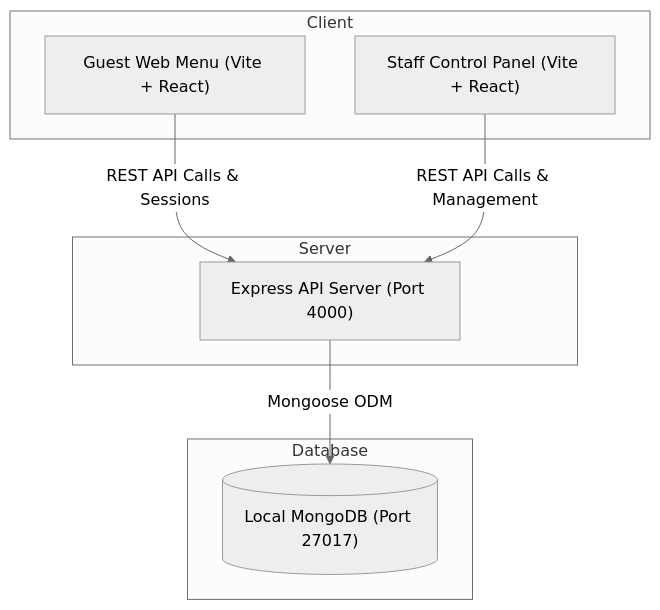
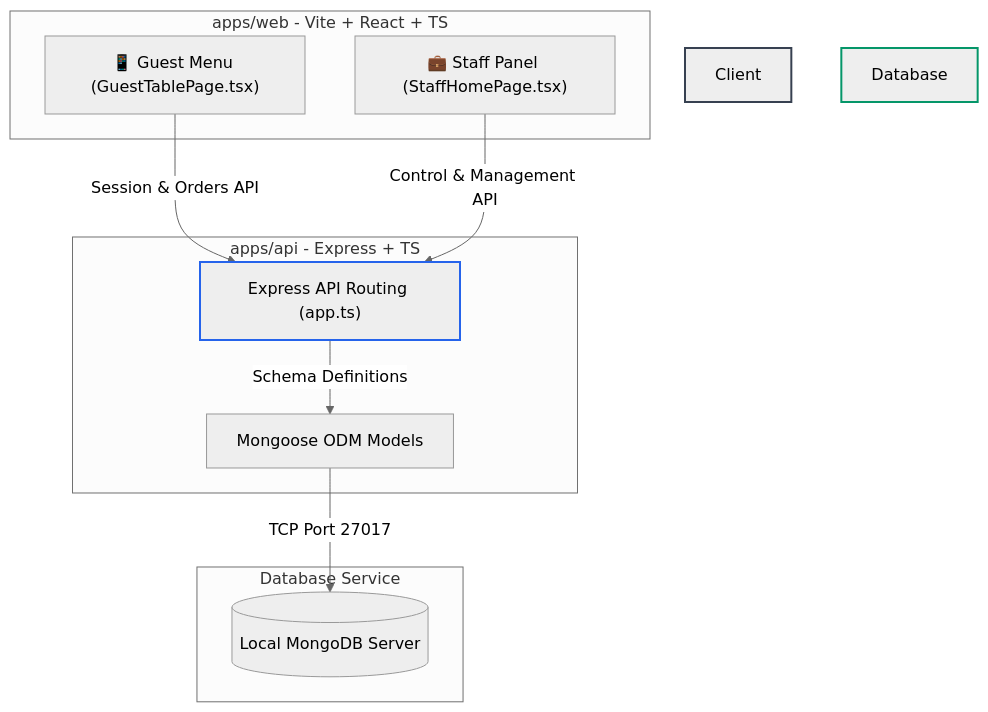
One commit to KarthikNH/restaurant-management-system changed the diagram in run_guide.md. Above: the diagram before and after it, drawn with Mermaid (neutral theme). The commit also changed other lines of this file and 4 other files, not shown here.

````diff
--- a/run_guide.md
+++ b/run_guide.md
@@ -50,19 +32,25 @@
 ```mermaid
 graph TD
-    subgraph Client
-        Guest["Guest Web Menu (Vite + React)"]
-        Staff["Staff Control Panel (Vite + React)"]
+    subgraph Client App [apps/web - Vite + React + TS]
+        Guest["📱 Guest Menu (GuestTablePage.tsx)"]
+        StaffUI["💼 Staff Panel (StaffHomePage.tsx)"]
     end
 
-    subgraph Server
-        API["Express API Server (Port 4000)"]
+    subgraph API Server [apps/api - Express + TS]
+        API["Express API Routing (app.ts)"]
+        Mongoose["Mongoose ODM Models"]
     end
 
-    subgraph Database
-        DB[("Local MongoDB (Port 27017)")]
+    subgraph Database Service
+        DB[("Local MongoDB Server")]
     end
 
-    Guest -->|REST API Calls & Sessions| API
-    Staff -->|REST API Calls & Management| API
-    API -->|Mongoose ODM| DB
+    Guest -->|Session & Orders API| API
+    StaffUI -->|Control & Management API| API
+    API -->|Schema Definitions| Mongoose
+    Mongoose -->|TCP Port 27017| DB
+
+    style Client App fill:#f3f4f6,stroke:#374151,stroke-width:2px;
+    style API Server fill:#eff6ff,stroke:#2563eb,stroke-width:2px;
+    style Database Service fill:#ecfdf5,stroke:#059669,stroke-width:2px;
 ```
````
